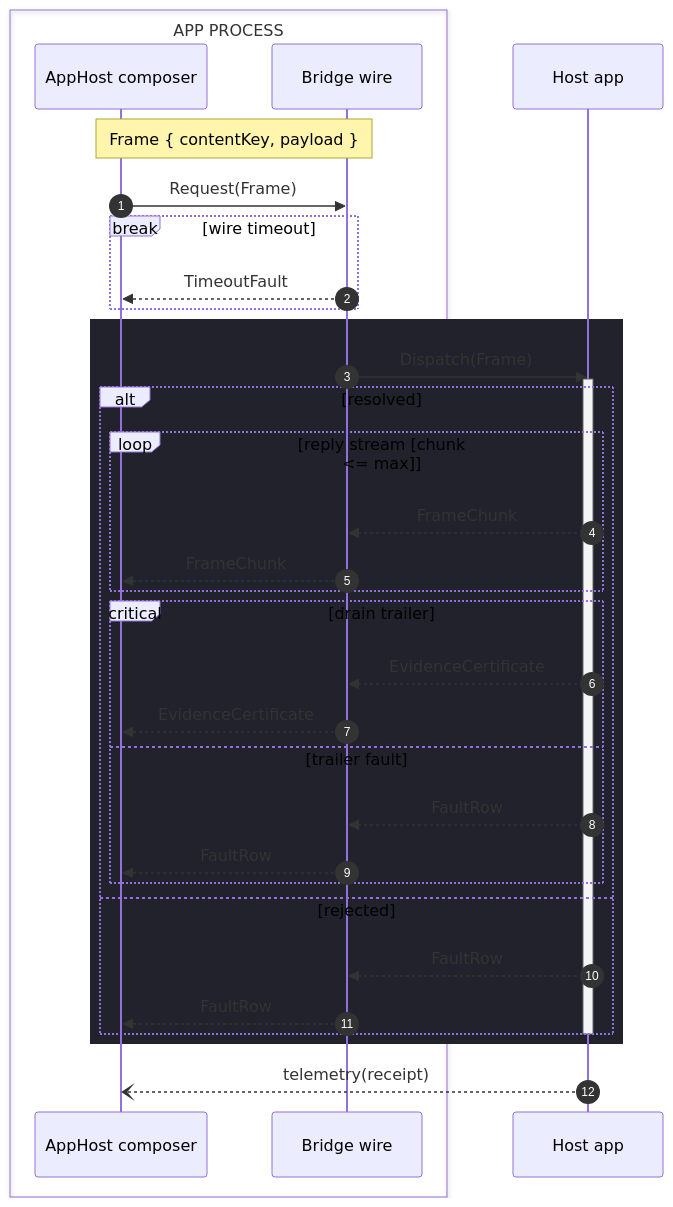
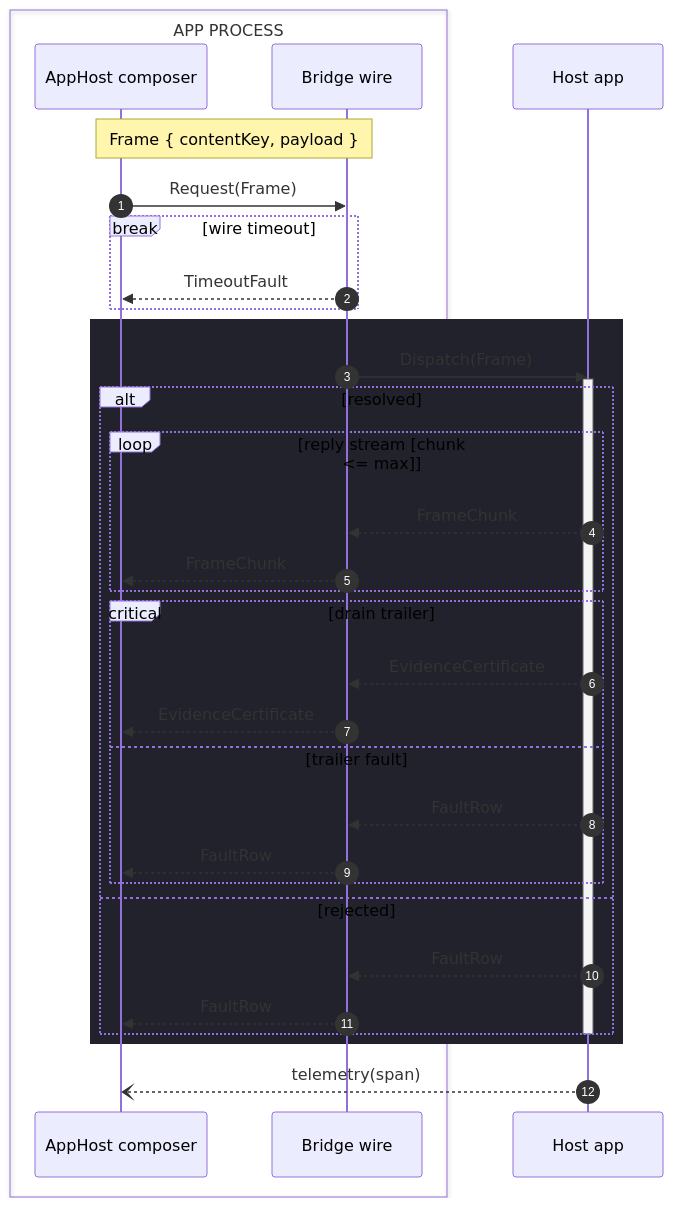
The diagram in .claude/skills/mermaid-diagramming/templates/wire-sequence.mmd.md (bsamiee/Rasm), drawn with Mermaid before and after one commit. The commit also changed 1417 other files, not shown here.

````diff
--- a/.claude/skills/mermaid-diagramming/templates/wire-sequence.mmd.md
+++ b/.claude/skills/mermaid-diagramming/templates/wire-sequence.mmd.md
@@ -5,38 +5,38 @@
 ```mermaid
 sequenceDiagram
     accTitle: Bridge wire exchange
     accDescr: The app host dispatching a certified frame through the bridge wire to the host app, with a timeout break, a bounded reply-stream loop, a mandatory trailer drain with its fault option, a rejected alternative, an async telemetry send, and the frame shape noted over the wire.
     autonumber
     box transparent APP PROCESS
         participant C as AppHost composer
         participant W as Bridge wire
     end
     participant R as Host app
     Note over C,W: Frame { contentKey, payload }
     C->>W: Request(Frame)
     break wire timeout
         W-->>C: TimeoutFault
     end
     rect rgb(33, 34, 44)
         W->>R: Dispatch(Frame)
         activate R
         alt resolved
             loop reply stream [chunk <= max]
                 R-->>W: FrameChunk
                 W-->>C: FrameChunk
             end
             critical drain trailer
                 R-->>W: EvidenceCertificate
                 W-->>C: EvidenceCertificate
             option trailer fault
                 R-->>W: FaultRow
                 W-->>C: FaultRow
             end
         else rejected
             R-->>W: FaultRow
             W-->>C: FaultRow
         end
         deactivate R
     end
-    R--)C: telemetry(receipt)
+    R--)C: telemetry(span)
 ```
````
